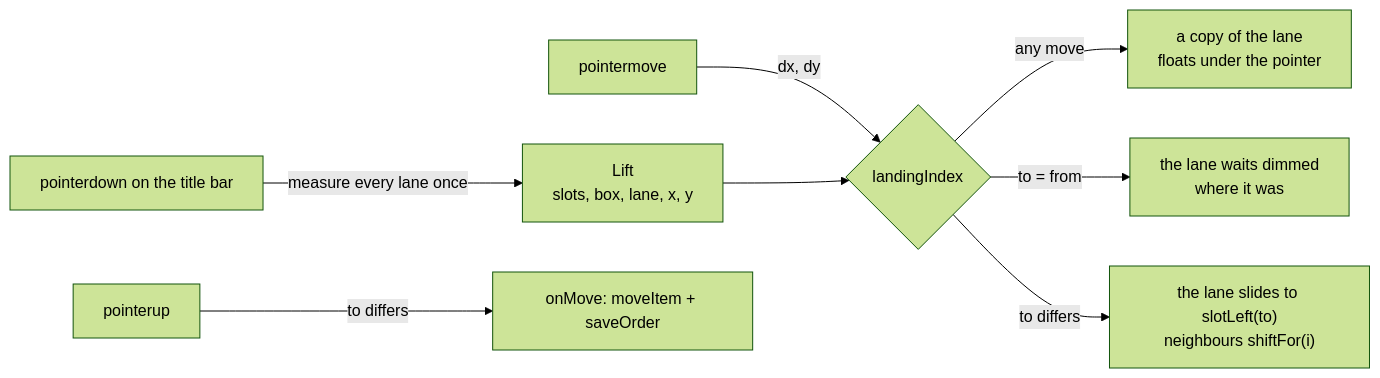
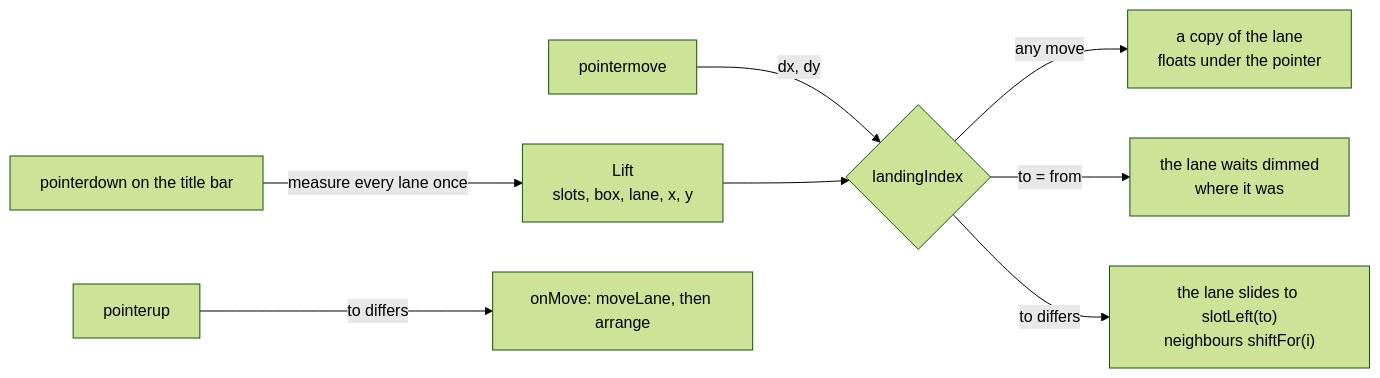
Before and after one commit to mite404/yaklabs: the second of 14 diagrams in docs/FOR_ETHAN.md, drawn with Mermaid (forest theme). The commit also changed other lines of this file and 155 other files, not shown here.

````diff
--- a/docs/FOR_ETHAN.md
+++ b/docs/FOR_ETHAN.md
@@ -565,10 +739,10 @@
 ```mermaid
 flowchart LR
   D[pointerdown on the title bar] -->|measure every lane once| L["Lift<br/>slots, box, lane, x, y"]
   M[pointermove] -->|dx, dy| C{landingIndex}
   L --> C
   C -->|any move| G[a copy of the lane<br/>floats under the pointer]
   C -->|to = from| K[the lane waits dimmed<br/>where it was]
   C -->|to differs| S["the lane slides to slotLeft(to)<br/>neighbours shiftFor(i)"]
-  U[pointerup] -->|to differs| R[onMove: moveItem + saveOrder]
+  U[pointerup] -->|to differs| R[onMove: moveLane, then arrange]
 ```
````
